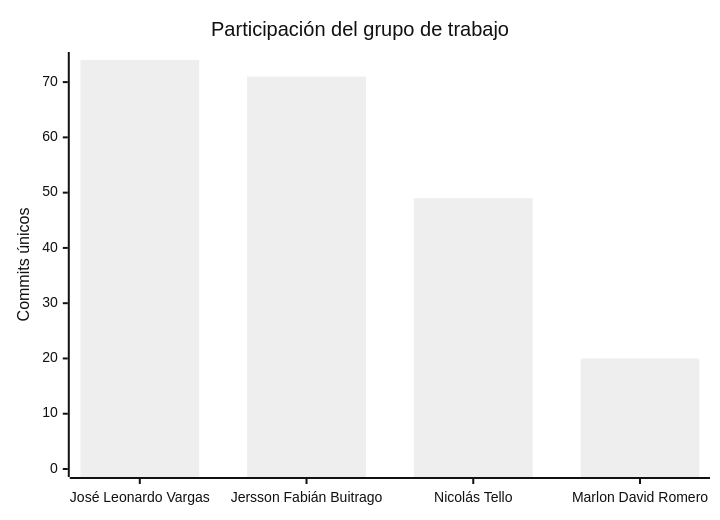
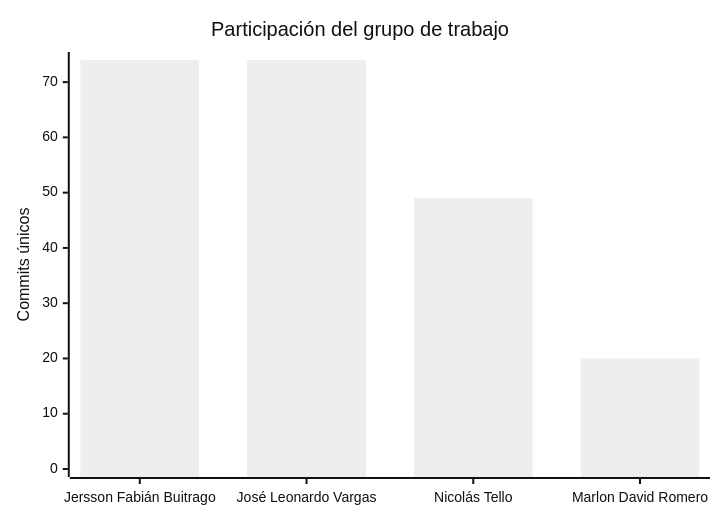
One commit to FarmaExpres/FarmaExpres changed the second of 2 diagrams in README.md. Above: the diagram before and after it, drawn with Mermaid (neutral theme). The commit also changed other lines of this file and 1 other file, not shown here.

````diff
--- a/README.md
+++ b/README.md
@@ -401,7 +401,7 @@
 ```mermaid
 xychart-beta
     title "Participación del grupo de trabajo"
-    x-axis ["José Leonardo Vargas", "Jersson Fabián Buitrago", "Nicolás Tello", "Marlon David Romero"]
+    x-axis ["Jersson Fabián Buitrago", "José Leonardo Vargas", "Nicolás Tello", "Marlon David Romero"]
     y-axis "Commits únicos" 0 --> 74
-    bar [74, 71, 49, 20]
+    bar [74, 74, 49, 20]
 ```
````
